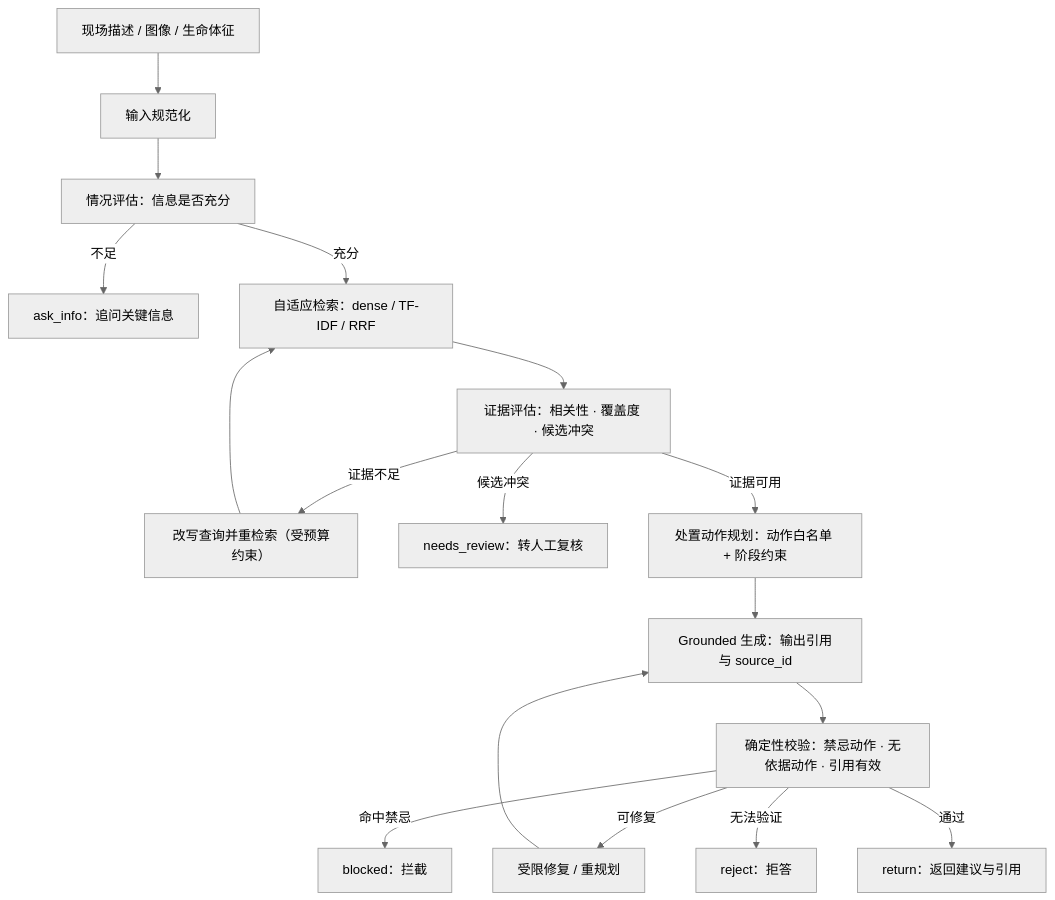
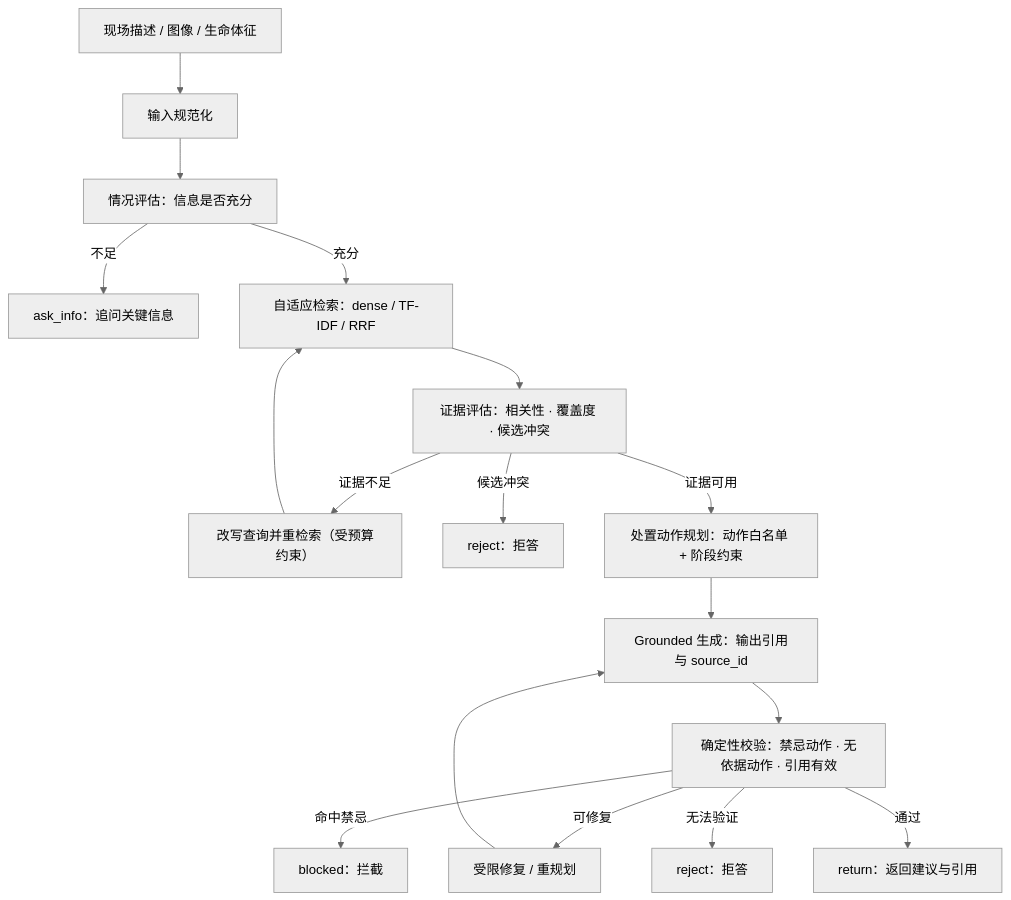
One commit to zgl10008/triage-decision-support changed the diagram in README.md. Above: the diagram before and after it, drawn with Mermaid (neutral theme). The commit also changed other lines of this file and 4 other files, not shown here.

First line of the commit message:
docs: 更新系统架构图并统一决策输出口径

````diff
--- a/README.md
+++ b/README.md
@@ -58,19 +22,19 @@
 ```mermaid
 flowchart TD
     A["现场描述 / 图像 / 生命体征"] --> B["输入规范化"]
     B --> C["情况评估：信息是否充分"]
     C -->|不足| D["ask_info：追问关键信息"]
     C -->|充分| E["自适应检索：dense / TF-IDF / RRF"]
     E --> F["证据评估：相关性 · 覆盖度 · 候选冲突"]
     F -->|证据不足| G["改写查询并重检索（受预算约束）"]
     G --> E
-    F -->|候选冲突| H["needs_review：转人工复核"]
+    F -->|候选冲突| H["reject：拒答"]
     F -->|证据可用| I["处置动作规划：动作白名单 + 阶段约束"]
     I --> J["Grounded 生成：输出引用与 source_id"]
     J --> K["确定性校验：禁忌动作 · 无依据动作 · 引用有效"]
     K -->|可修复| L["受限修复 / 重规划"]
     L --> J
     K -->|命中禁忌| M["blocked：拦截"]
     K -->|无法验证| N["reject：拒答"]
     K -->|通过| O["return：返回建议与引用"]
 ```
````
